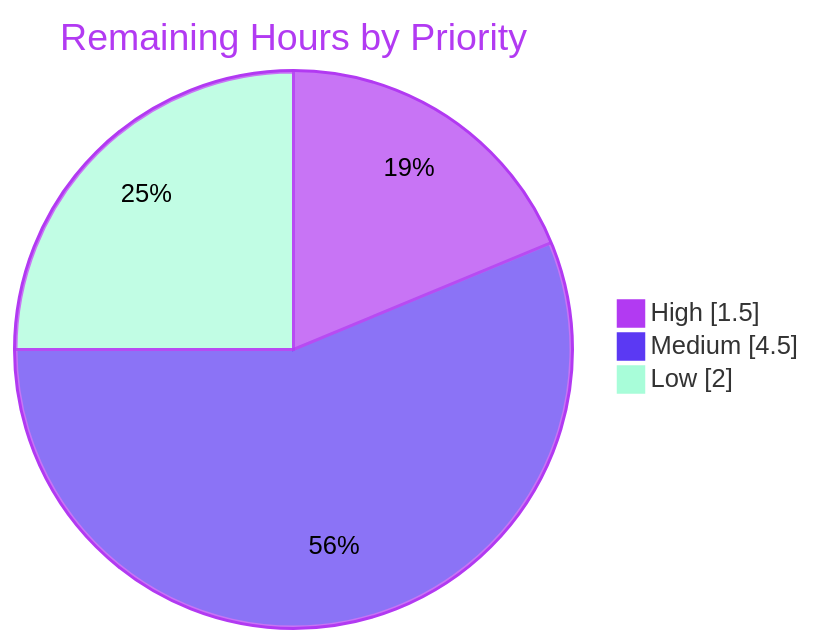
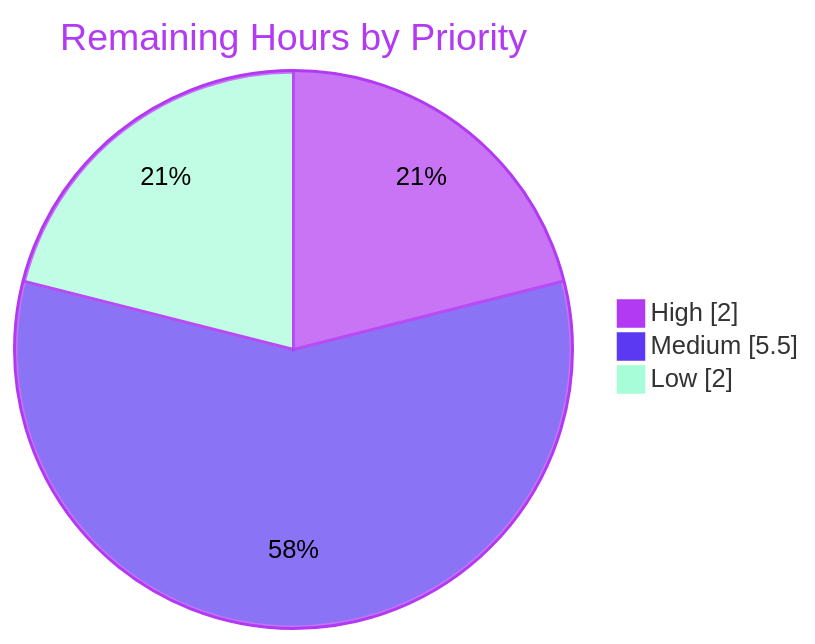
The third of 3 diagrams in blitzy/documentation/Project Guide.md (rjhonsi-blitzy/BlitzyRepo2_Java), drawn with Mermaid before and after one commit. The commit also changed other lines of this file, not shown here.

````diff
--- a/blitzy/documentation/Project Guide.md
+++ b/blitzy/documentation/Project Guide.md
@@ -351,7 +222,7 @@
 ```mermaid
 %%{init: {'theme': 'base', 'themeVariables': {'pie1': '#B23AF2', 'pie2': '#5B39F3', 'pie3': '#A8FDD9', 'pieStrokeColor': '#B23AF2', 'pieOuterStrokeColor': '#B23AF2', 'pieSectionTextColor': '#000000', 'pieTitleTextColor': '#B23AF2'}}}%%
 pie showData title Remaining Hours by Priority
-    "High" : 1.5
-    "Medium" : 4.5
+    "High" : 2.0
+    "Medium" : 5.5
     "Low" : 2.0
 ```
````
